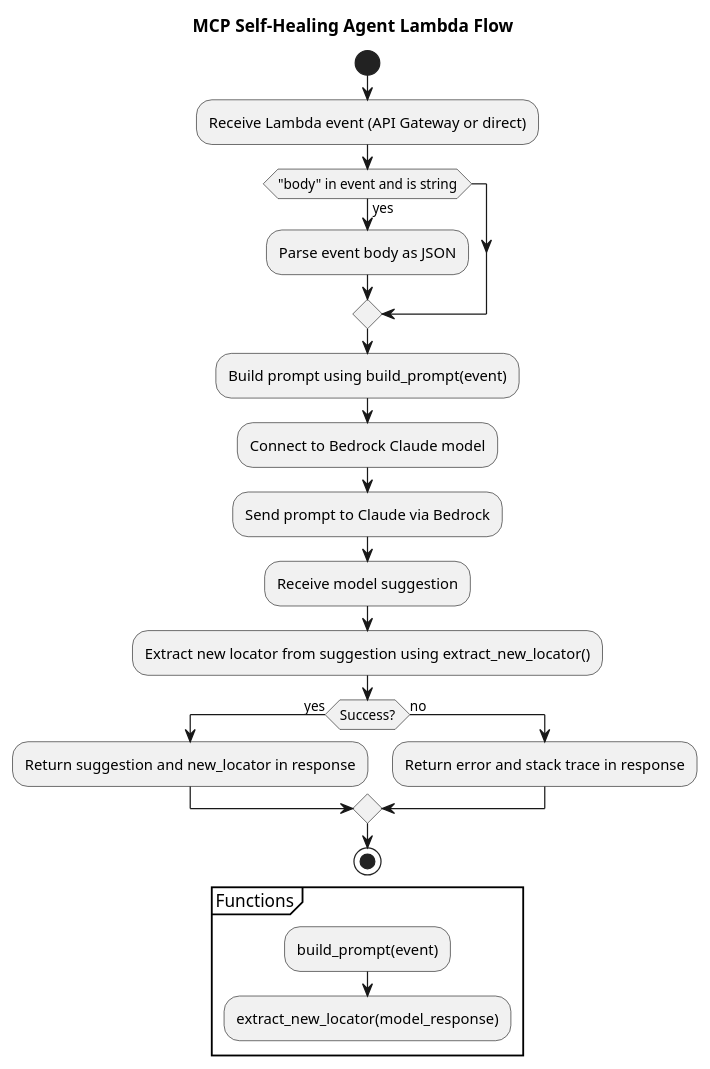
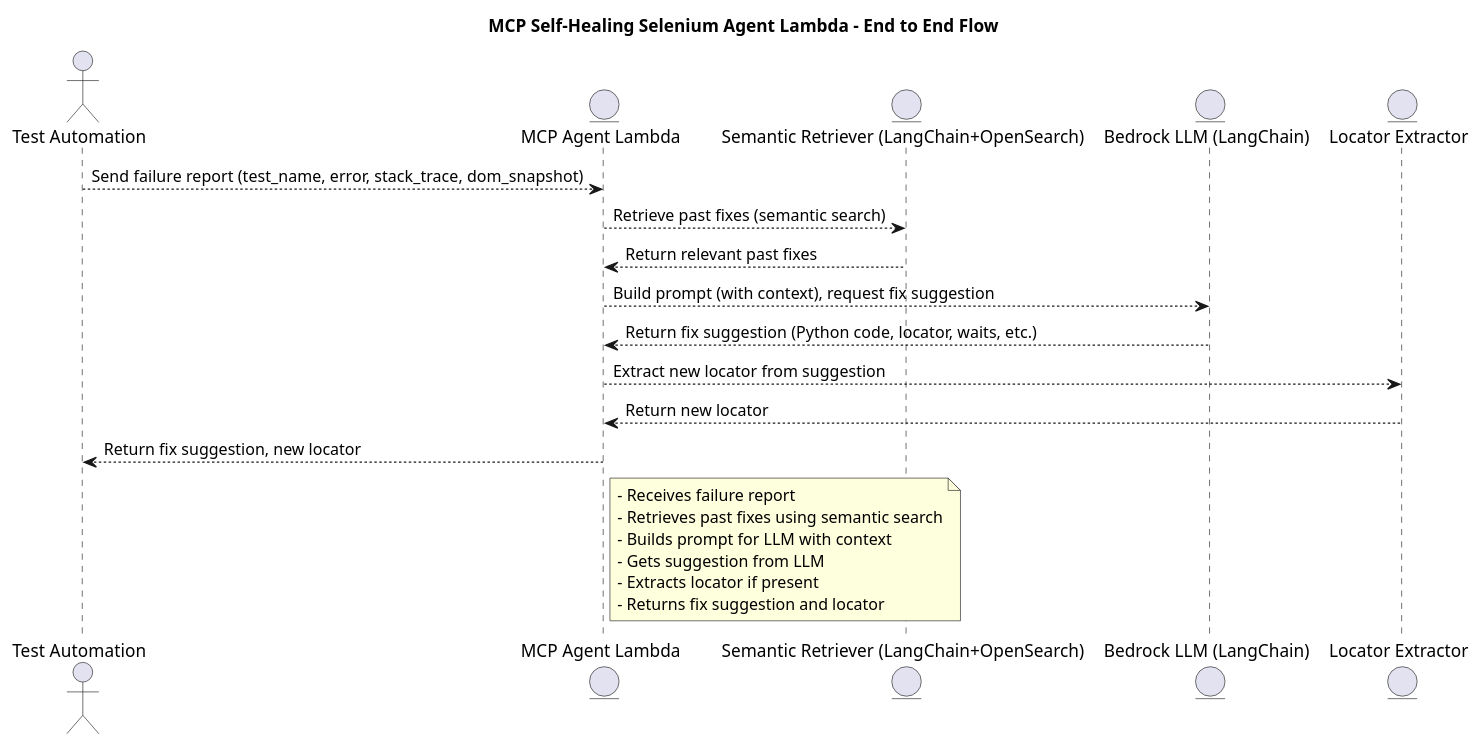
Before and after one commit to pavanchanduri/RAGChatbot: the diagram in mcp_self_healing_agent/PUML Diagrams/mcp_agent_lambda.puml, drawn with PlantUML. The commit also changed 5 other files, not shown here.

Commit message:
Modified self healing agent implementation

```diff
--- a/mcp_self_healing_agent/PUML Diagrams/mcp_agent_lambda.puml
+++ b/mcp_self_healing_agent/PUML Diagrams/mcp_agent_lambda.puml
@@ -1,33 +1,29 @@
-@startuml MCPSelfHealingAgent
-title MCP Self-Healing Agent Lambda Flow
+@startuml MCPAgentLambdaE2E
+title MCP Self-Healing Selenium Agent Lambda - End to End Flow
 
-start
 
-:Receive Lambda event (API Gateway or direct);
-if ("body" in event and is string) then (yes)
-    :Parse event body as JSON;
-endif
+actor "Test Automation" as TestRunner
+entity "MCP Agent Lambda" as Lambda
+entity "Semantic Retriever (LangChain+OpenSearch)" as Retriever
+entity "Bedrock LLM (LangChain)" as LLM
+entity "Locator Extractor" as LocatorExtract
 
-:Build prompt using build_prompt(event);
+TestRunner --> Lambda : Send failure report (test_name, error, stack_trace, dom_snapshot)
+Lambda --> Retriever : Retrieve past fixes (semantic search)
+Retriever --> Lambda : Return relevant past fixes
+Lambda --> LLM : Build prompt (with context), request fix suggestion
+LLM --> Lambda : Return fix suggestion (Python code, locator, waits, etc.)
+Lambda --> LocatorExtract : Extract new locator from suggestion
+LocatorExtract --> Lambda : Return new locator
+Lambda --> TestRunner : Return fix suggestion, new locator
 
-:Connect to Bedrock Claude model;
-
-:Send prompt to Claude via Bedrock;
-:Receive model suggestion;
-
-:Extract new locator from suggestion using extract_new_locator();
-
-if (Success?) then (yes)
-    :Return suggestion and new_locator in response;
-else (no)
-    :Return error and stack trace in response;
-endif
-
-stop
-
-partition Functions {
-    :build_prompt(event);
-    :extract_new_locator(model_response);
-}
+note right of Lambda
+- Receives failure report
+- Retrieves past fixes using semantic search
+- Builds prompt for LLM with context
+- Gets suggestion from LLM
+- Extracts locator if present
+- Returns fix suggestion and locator
+end note
 
 @enduml
```
